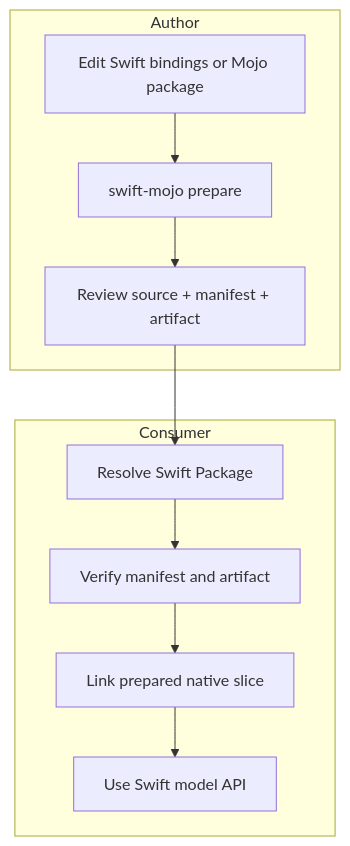
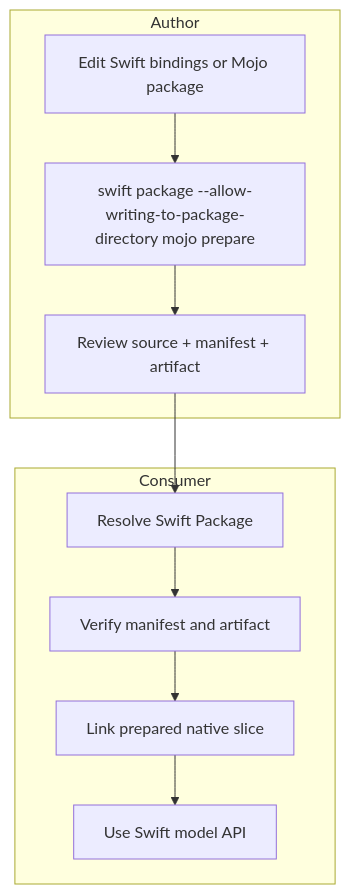
Before and after one commit to 1amageek/swift-mojo: the third of 3 diagrams in docs/DESIGN.md, drawn with Mermaid. The commit also changed other lines of this file and 39 other files, not shown here.

````diff
--- a/docs/DESIGN.md
+++ b/docs/DESIGN.md
@@ -329,17 +355,17 @@
 ```mermaid
 flowchart TB
     subgraph Author
         Edit["Edit Swift bindings or Mojo package"]
-        Prepare["swift-mojo prepare"]
+        Prepare["swift package --allow-writing-to-package-directory mojo prepare"]
         Review["Review source + manifest + artifact"]
         Edit --> Prepare --> Review
     end
     subgraph Consumer
         Resolve["Resolve Swift Package"]
         Verify["Verify manifest and artifact"]
         Link["Link prepared native slice"]
         Run["Use Swift model API"]
         Resolve --> Verify --> Link --> Run
     end
     Review --> Resolve
 ```
````
